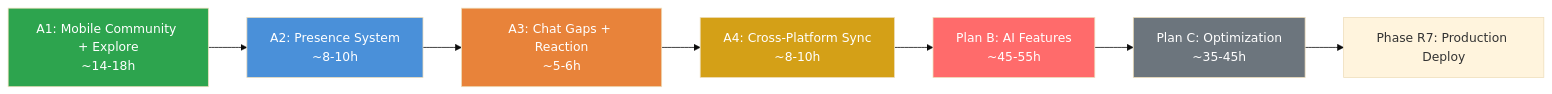
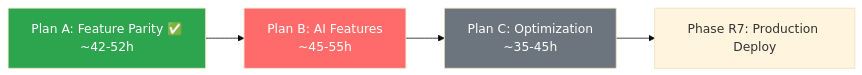
The diagram in unified_execution_plan.md (thanhbinh21/ZYNC_PLATFORM_REAlTIME), drawn with Mermaid (base theme) before and after one commit. The commit also changed other lines of this file and 4 other files, not shown here.

````diff
--- a/unified_execution_plan.md
+++ b/unified_execution_plan.md
@@ -119,16 +119,10 @@
 ```mermaid
 graph LR
-    A1["A1: Mobile Community + Explore\n~14-18h"] --> A2["A2: Presence System\n~8-10h"]
-    A2 --> A3["A3: Chat Gaps + Reaction\n~5-6h"]
-    A3 --> A4["A4: Cross-Platform Sync\n~8-10h"]
-    A4 --> B["Plan B: AI Features\n~45-55h"]
+    A["Plan A: Feature Parity ✅\n~42-52h"] --> B["Plan B: AI Features\n~45-55h"]
     B --> C["Plan C: Optimization\n~35-45h"]
     C --> R7["Phase R7: Production Deploy"]
 
-    style A1 fill:#2DA44E,color:#fff
-    style A2 fill:#4A90D9,color:#fff
-    style A3 fill:#E8833A,color:#fff
-    style A4 fill:#D4A017,color:#fff
+    style A fill:#2DA44E,color:#fff
     style B fill:#FF6B6B,color:#fff
     style C fill:#6C757D,color:#fff
 ```
````
